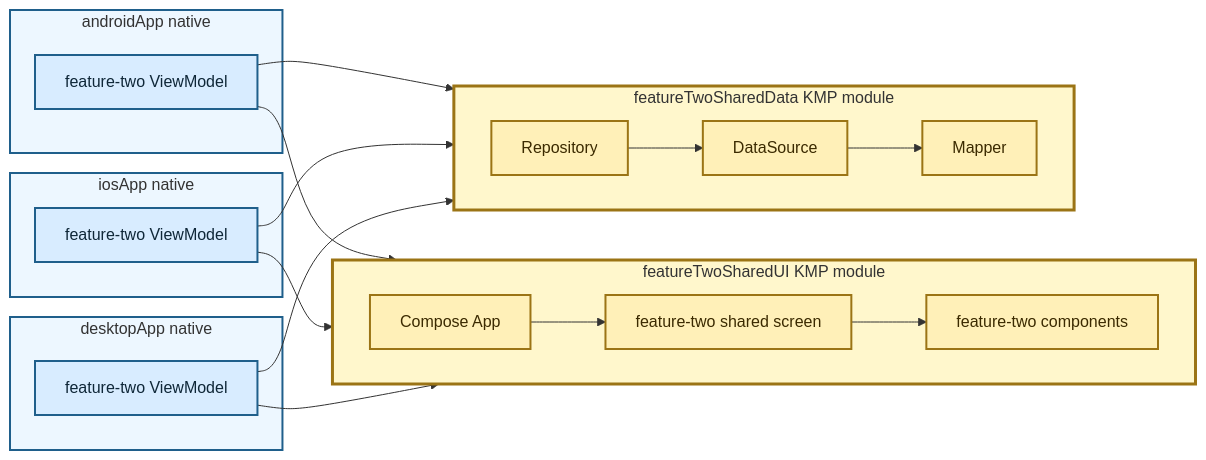
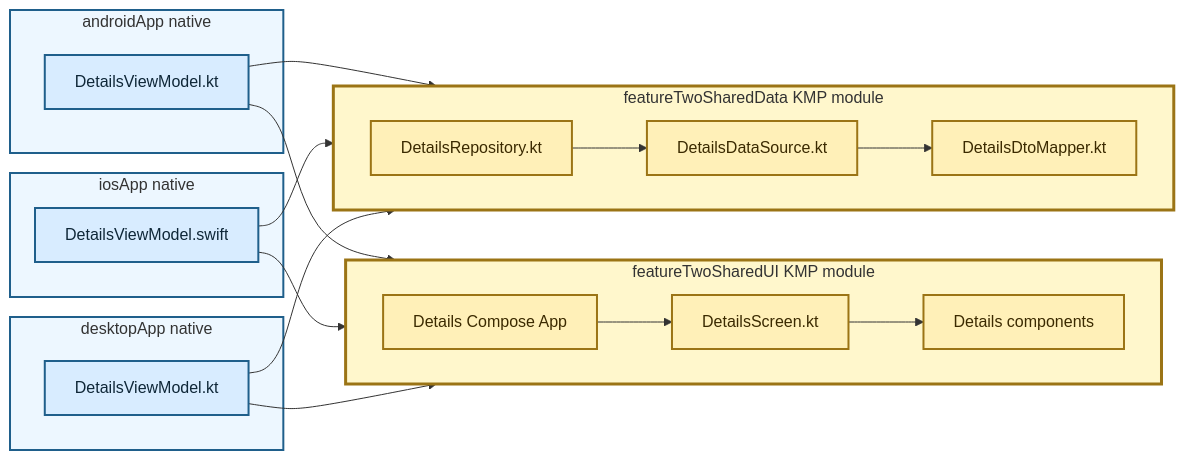
One commit to TheSetox/kmp-sample-diagrams changed the diagram in diagrams/13-modular-kmp-ui-data-layer.md. Above: the diagram before and after it, drawn with Mermaid. The commit also changed other lines of this file and 28 other files, not shown here.

Commit message:
docs: reassess diagram layer boundaries

````diff
--- a/diagrams/13-modular-kmp-ui-data-layer.md
+++ b/diagrams/13-modular-kmp-ui-data-layer.md
@@ -5,47 +5,47 @@
 ```mermaid
 flowchart LR
   subgraph Android["androidApp native"]
-    AndroidVM["feature-two ViewModel"]
+    AVM["DetailsViewModel.kt"]
   end
 
   subgraph IOS["iosApp native"]
-    IOSVM["feature-two ViewModel"]
+    IVM["DetailsViewModel.swift"]
   end
 
   subgraph Desktop["desktopApp native"]
-    DesktopVM["feature-two ViewModel"]
+    DVM["DetailsViewModel.kt"]
   end
 
   subgraph UIKMP["featureTwoSharedUI KMP module"]
     direction LR
-    App["Compose App"]
-    Screen["feature-two shared screen"]
-    Components["feature-two components"]
+    App["Details Compose App"]
+    Screen["DetailsScreen.kt"]
+    Components["Details components"]
     App --> Screen --> Components
   end
 
   subgraph DataKMP["featureTwoSharedData KMP module"]
     direction LR
-    Repository["Repository"]
-    DataSource["DataSource"]
-    Mapper["Mapper"]
+    Repository["DetailsRepository.kt"]
+    DataSource["DetailsDataSource.kt"]
+    Mapper["DetailsDtoMapper.kt"]
     Repository --> DataSource --> Mapper
   end
 
-  AndroidVM --> App
-  IOSVM --> App
-  DesktopVM --> App
-  AndroidVM --> Repository
-  IOSVM --> Repository
-  DesktopVM --> Repository
+  AVM --> App
+  IVM --> App
+  DVM --> App
+  AVM --> Repository
+  IVM --> Repository
+  DVM --> Repository
 
   classDef app fill:#d8ecff,stroke:#1f5f8b,color:#0f2738,stroke-width:2px;
   classDef kmp fill:#fff0b8,stroke:#9b7415,color:#3b2a00,stroke-width:2px;
-  class AndroidVM,IOSVM,DesktopVM app;
+  class AVM,IVM,DVM app;
   class App,Screen,Components,Repository,DataSource,Mapper kmp;
   style Android fill:#edf7ff,stroke:#1f5f8b,stroke-width:2px
   style IOS fill:#edf7ff,stroke:#1f5f8b,stroke-width:2px
   style Desktop fill:#edf7ff,stroke:#1f5f8b,stroke-width:2px
   style UIKMP fill:#fff7cc,stroke:#9b7415,stroke-width:3px
   style DataKMP fill:#fff7cc,stroke:#9b7415,stroke-width:3px
 ```
````
